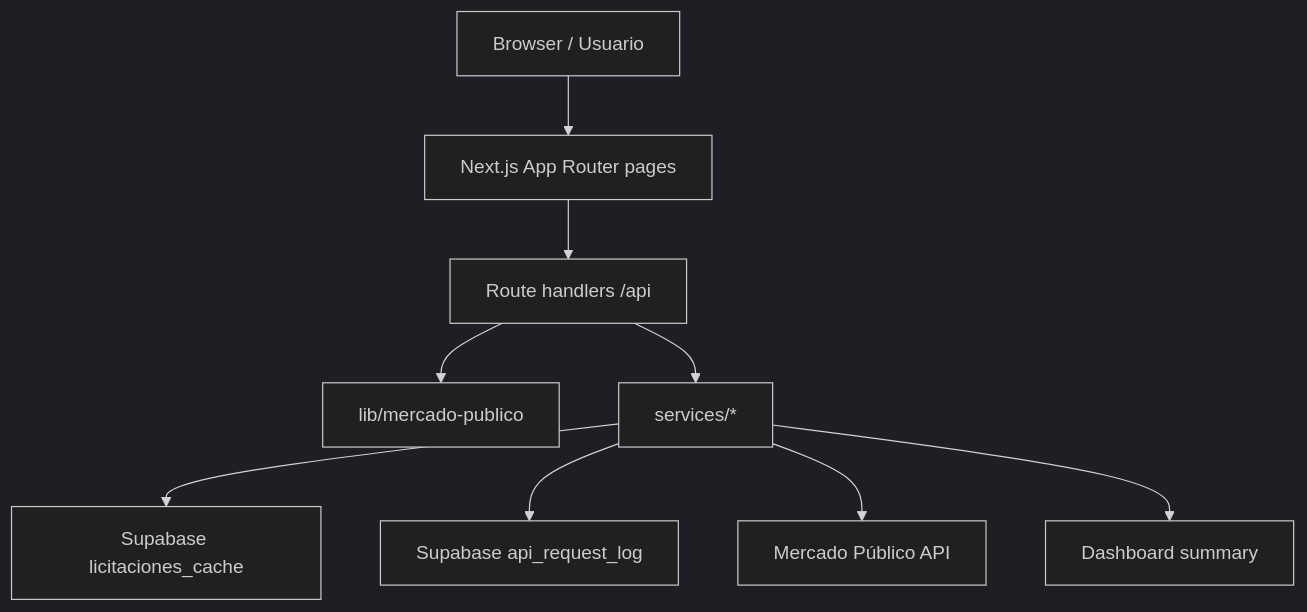
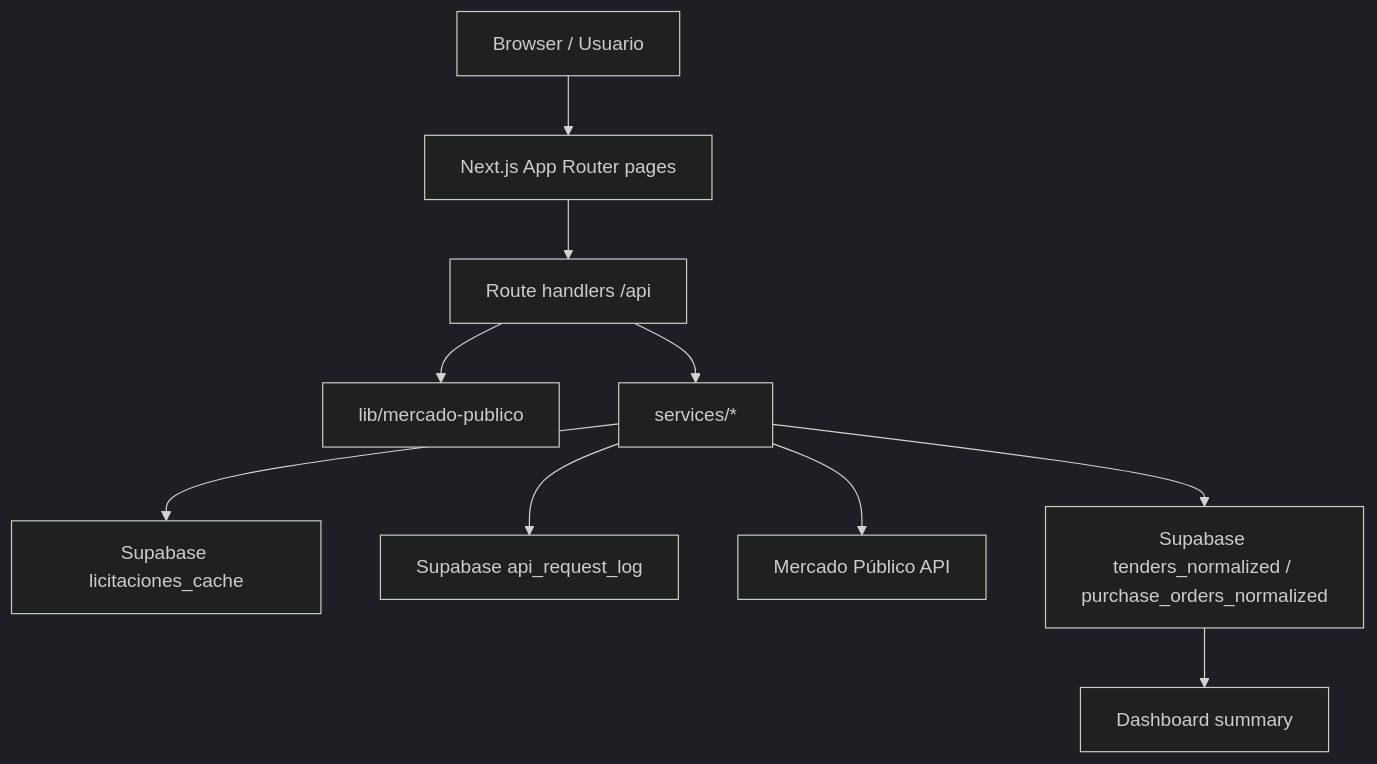
Before and after one commit to shidalgovaldivia-eng/licitaciones-mercado-publico: the first of 4 diagrams in docs/ARCHITECTURE.md, drawn with Mermaid (dark theme). The commit also changed other lines of this file and 24 other files, not shown here.

````diff
--- a/docs/ARCHITECTURE.md
+++ b/docs/ARCHITECTURE.md
@@ -15,11 +15,12 @@
 ```mermaid
 flowchart TB
   Browser["Browser / Usuario"] --> Pages["Next.js App Router pages"]
   Pages --> ApiRoutes["Route handlers /api"]
   ApiRoutes --> Domain["lib/mercado-publico"]
   ApiRoutes --> Services["services/*"]
   Services --> Cache["Supabase licitaciones_cache"]
   Services --> Log["Supabase api_request_log"]
   Services --> MP["Mercado Público API"]
-  Services --> Dashboard["Dashboard summary"]
+  Services --> Normalized["Supabase tenders_normalized / purchase_orders_normalized"]
+  Normalized --> Dashboard["Dashboard summary"]
 ```
````
